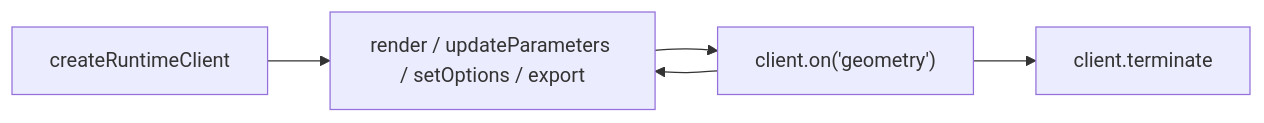
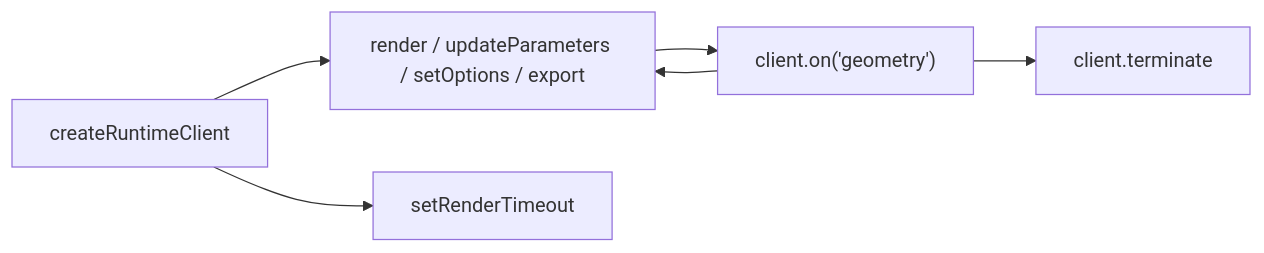
Before and after one commit to taucad/tau: the diagram in packages/runtime/README.md, drawn with Mermaid. The commit also changed other lines of this file, not shown here.

````diff
--- a/packages/runtime/README.md
+++ b/packages/runtime/README.md
@@ -54,7 +57,8 @@
 ```mermaid
 flowchart LR
   c["createRuntimeClient"] --> command["render / updateParameters / setOptions / export"]
+  c --> control["setRenderTimeout"]
   command --> consume["client.on('geometry')"]
   consume --> command
   consume --> term["client.terminate"]
 ```
````
